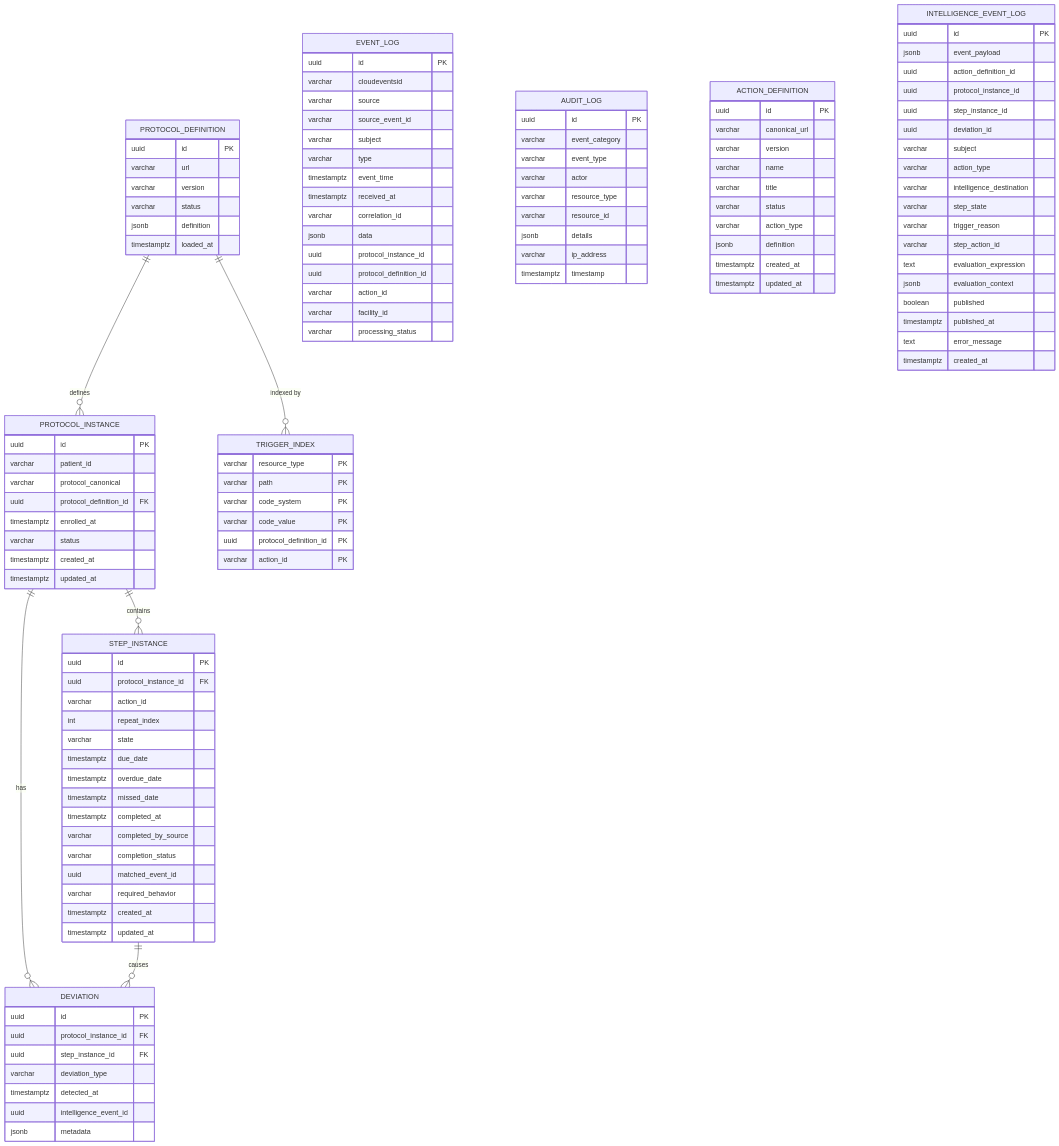
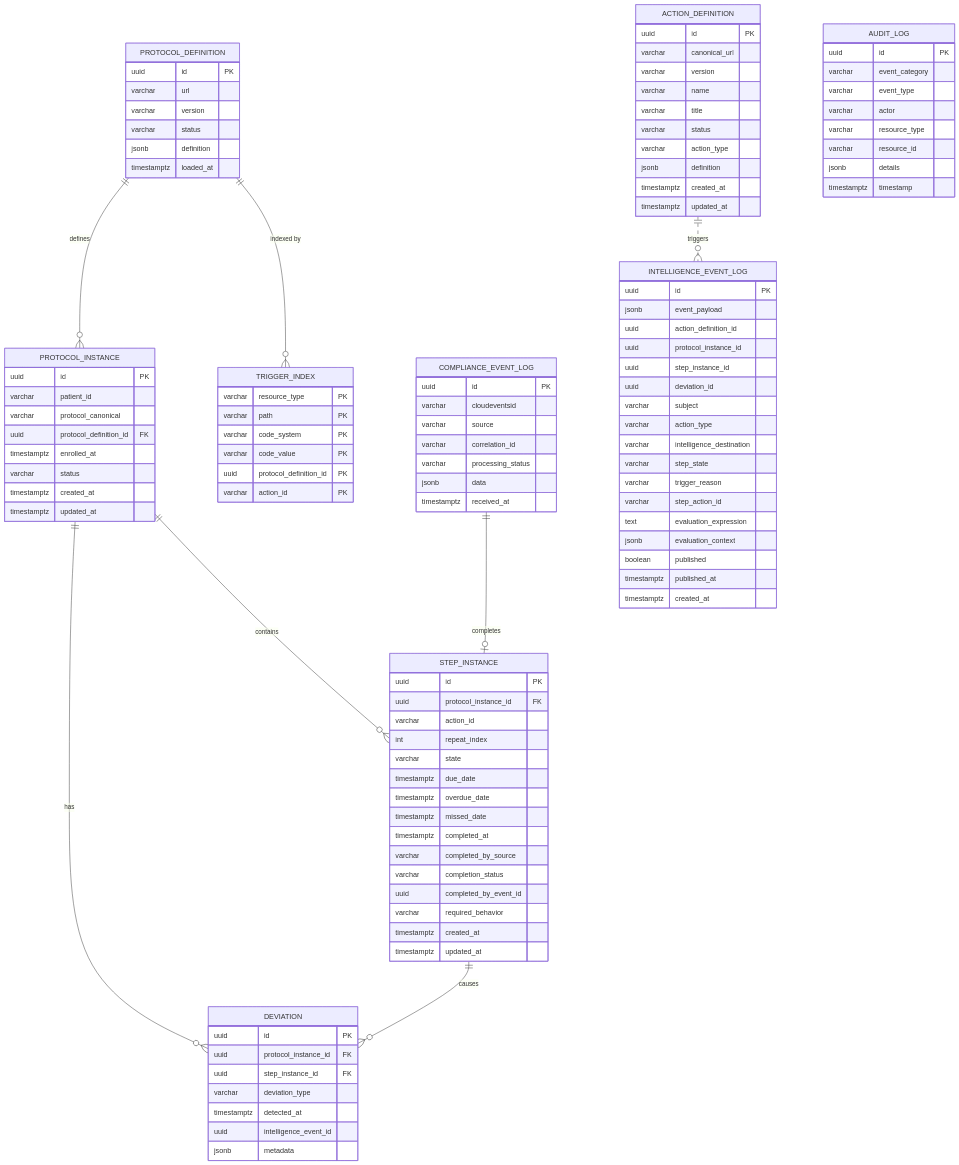
Before and after one commit to Jayaprakash8887/cce-compliance-service: the diagram in docs/data-dictionary.md, drawn with Mermaid. The commit also changed other lines of this file and 51 other files, not shown here.

First line of the commit message:
Refactor tests for StepInstanceService and DtoMapper

````diff
--- a/docs/data-dictionary.md
+++ b/docs/data-dictionary.md
@@ -34,6 +34,8 @@
     PROTOCOL_INSTANCE ||--o{ STEP_INSTANCE : "contains"
     PROTOCOL_INSTANCE ||--o{ DEVIATION : "has"
     STEP_INSTANCE ||--o{ DEVIATION : "causes"
+    COMPLIANCE_EVENT_LOG ||--o| STEP_INSTANCE : "completes"
+    ACTION_DEFINITION ||..o{ INTELLIGENCE_EVENT_LOG : "triggers"
 
     PROTOCOL_DEFINITION {
         uuid id PK
@@ -67,7 +69,7 @@
         timestamptz completed_at
         varchar completed_by_source
         varchar completion_status
-        uuid matched_event_id
+        uuid completed_by_event_id
         varchar required_behavior
         timestamptz created_at
         timestamptz updated_at
@@ -92,22 +94,14 @@
         varchar action_id PK
     }
 
-    EVENT_LOG {
+    COMPLIANCE_EVENT_LOG {
         uuid id PK
         varchar cloudeventsid
         varchar source
-        varchar source_event_id
-        varchar subject
-        varchar type
-        timestamptz event_time
+        varchar correlation_id
+        varchar processing_status
+        jsonb data
         timestamptz received_at
-        varchar correlation_id
-        jsonb data
-        uuid protocol_instance_id
-        uuid protocol_definition_id
-        varchar action_id
-        varchar facility_id
-        varchar processing_status
     }
 
     AUDIT_LOG {
@@ -118,7 +112,6 @@
         varchar resource_type
         varchar resource_id
         jsonb details
-        varchar ip_address
         timestamptz timestamp
     }
 
@@ -152,7 +145,6 @@
         jsonb evaluation_context
         boolean published
         timestamptz published_at
-        text error_message
         timestamptz created_at
     }
 ```
````
